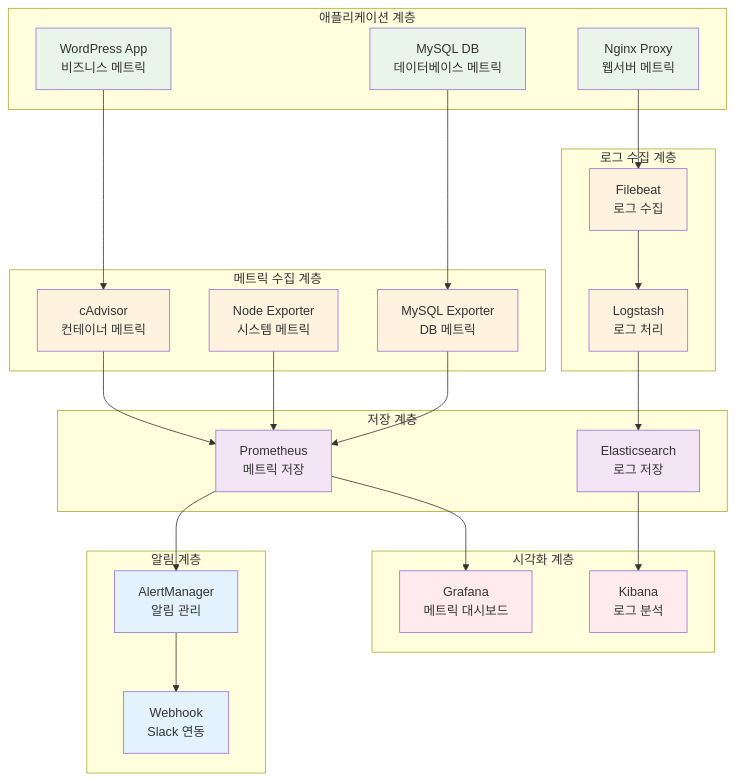
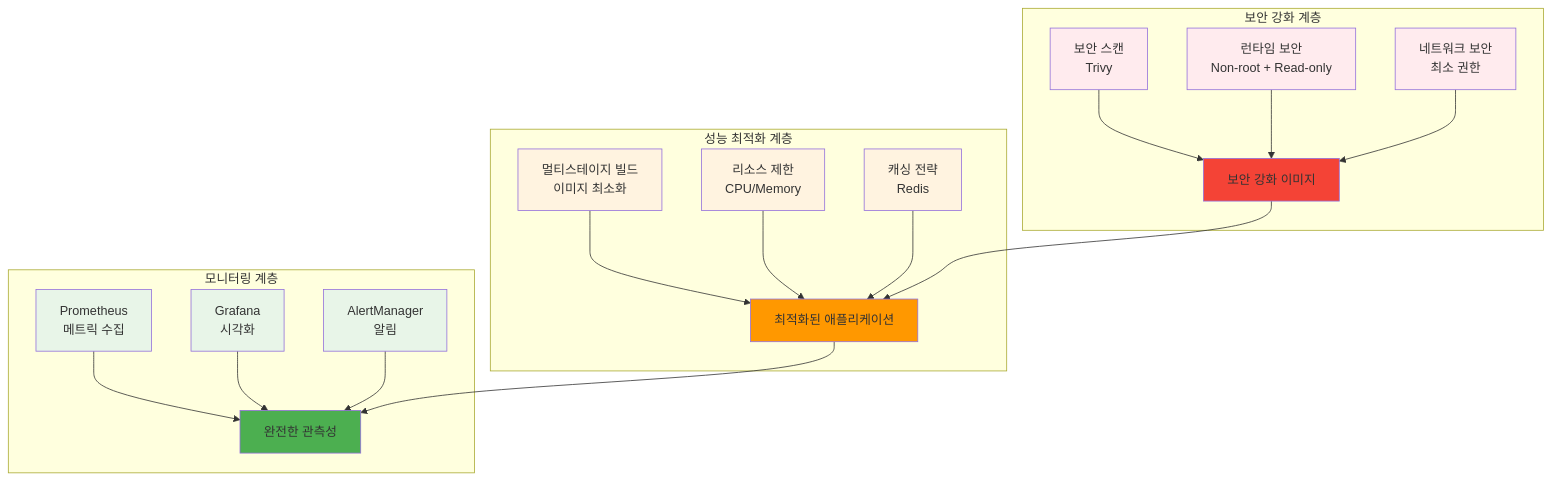
One commit to niceguy61/kdt_devops_lecture_2025 changed the diagram in theory/week_02/day3/lab_1.md. Above: the diagram before and after it, drawn with Mermaid. The commit also changed other lines of this file and 68 other files, not shown here.

````diff
--- a/theory/week_02/day3/lab_1.md
+++ b/theory/week_02/day3/lab_1.md
@@ -29,62 +29,36 @@
 ```mermaid
 graph TB
-    subgraph "애플리케이션 계층"
-        A[WordPress App<br/>비즈니스 메트릭]
-        B[MySQL DB<br/>데이터베이스 메트릭]
-        C[Nginx Proxy<br/>웹서버 메트릭]
+    subgraph "보안 강화 계층"
+        A[보안 스캔<br/>Trivy] --> D[보안 강화 이미지]
+        B[런타임 보안<br/>Non-root + Read-only] --> D
+        C[네트워크 보안<br/>최소 권한] --> D
     end
     
-    subgraph "메트릭 수집 계층"
-        D[cAdvisor<br/>컨테이너 메트릭]
-        E[Node Exporter<br/>시스템 메트릭]
-        F[MySQL Exporter<br/>DB 메트릭]
+    subgraph "성능 최적화 계층"
+        E[멀티스테이지 빌드<br/>이미지 최소화] --> H[최적화된 애플리케이션]
+        F[리소스 제한<br/>CPU/Memory] --> H
+        G[캐싱 전략<br/>Redis] --> H
     end
     
-    subgraph "로그 수집 계층"
-        G[Filebeat<br/>로그 수집]
-        H[Logstash<br/>로그 처리]
+    subgraph "모니터링 계층"
+        I[Prometheus<br/>메트릭 수집] --> L[완전한 관측성]
+        J[Grafana<br/>시각화] --> L
+        K[AlertManager<br/>알림] --> L
     end
     
-    subgraph "저장 계층"
-        I[Prometheus<br/>메트릭 저장]
-        J[Elasticsearch<br/>로그 저장]
-    end
+    D --> H
+    H --> L
     
-    subgraph "시각화 계층"
-        K[Grafana<br/>메트릭 대시보드]
-        L[Kibana<br/>로그 분석]
-    end
-    
-    subgraph "알림 계층"
-        M[AlertManager<br/>알림 관리]
-        N[Webhook<br/>Slack 연동]
-    end
-    
-    A --> D
-    B --> F
-    C --> G
-    D --> I
-    E --> I
-    F --> I
-    G --> H
-    H --> J
-    I --> K
-    I --> M
-    J --> L
-    M --> N
-    
-    style A fill:#e8f5e8
-    style B fill:#e8f5e8
-    style C fill:#e8f5e8
-    style D fill:#fff3e0
+    style A fill:#ffebee
+    style B fill:#ffebee
+    style C fill:#ffebee
+    style D fill:#f44336
     style E fill:#fff3e0
     style F fill:#fff3e0
     style G fill:#fff3e0
-    style H fill:#fff3e0
-    style I fill:#f3e5f5
-    style J fill:#f3e5f5
-    style K fill:#ffebee
-    style L fill:#ffebee
-    style M fill:#e3f2fd
-    style N fill:#e3f2fd
+    style H fill:#ff9800
+    style I fill:#e8f5e8
+    style J fill:#e8f5e8
+    style K fill:#e8f5e8
+    style L fill:#4caf50
 ```
````
